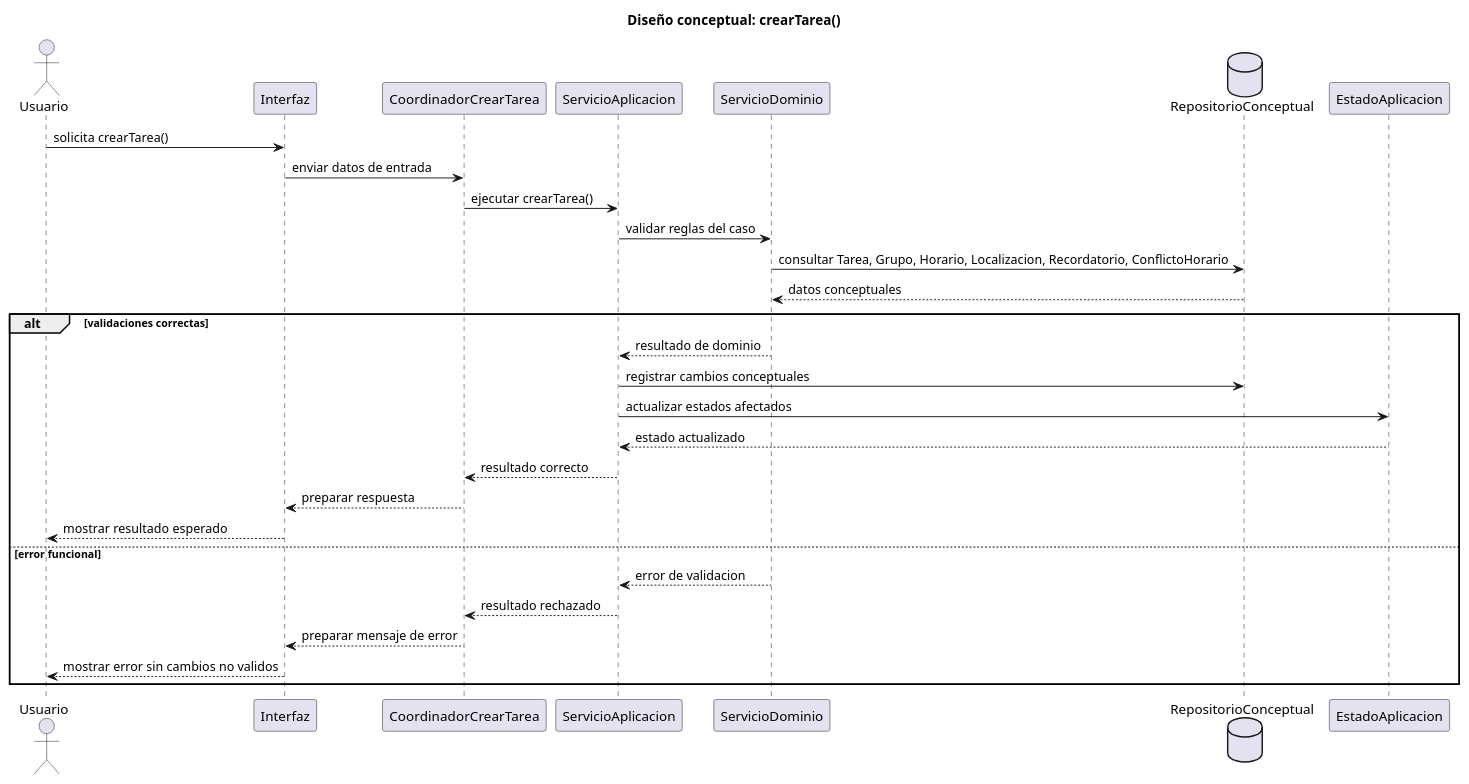
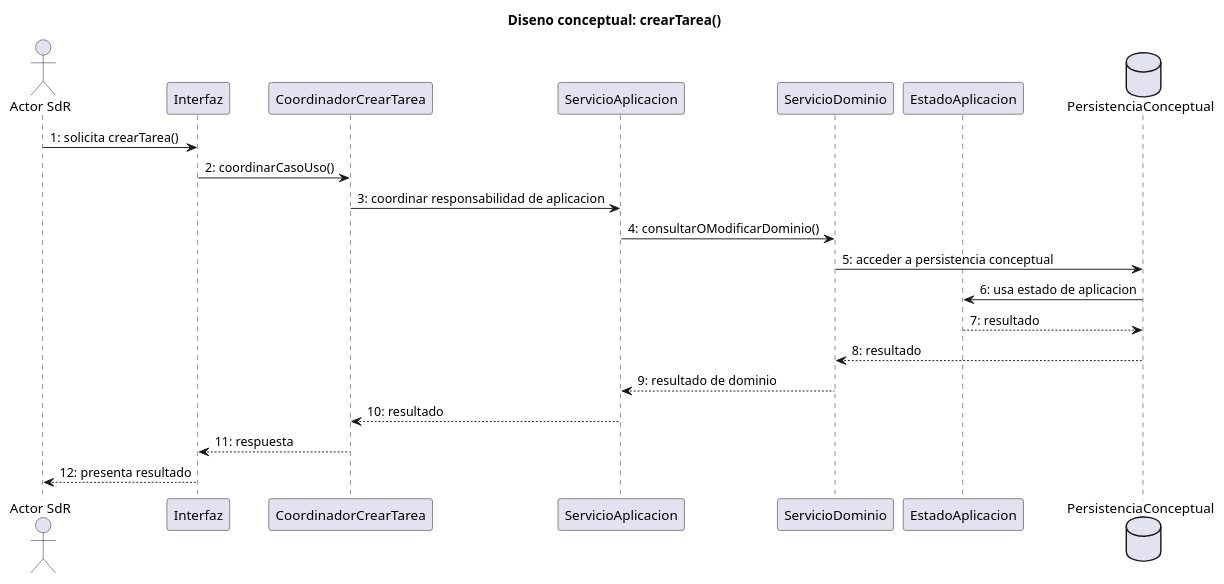
Before and after one commit to inigovaqueroo04/25-26-idsw2-sdVC: the diagram in documents/RUP/02-diseño/casos-uso/gestion-tareas/crearTarea/README.md, drawn with PlantUML. The commit also changed other lines of this file and 24 other files, not shown here.

Commit message:
docs: validar trazabilidad integral de diseno

````diff
--- a/documents/RUP/02-diseño/casos-uso/gestion-tareas/crearTarea/README.md
+++ b/documents/RUP/02-diseño/casos-uso/gestion-tareas/crearTarea/README.md
@@ -87,36 +85,27 @@
 ```plantuml
 @startuml crearTarea-diseno-secuencia
-title Diseño conceptual: crearTarea()
+title Diseno conceptual: crearTarea()
 
-actor "Usuario" as Usuario
+actor "Actor SdR" as Actor
 participant "Interfaz" as Interfaz
 participant "CoordinadorCrearTarea" as Coordinador
 participant "ServicioAplicacion" as ServicioAplicacion
 participant "ServicioDominio" as ServicioDominio
-database "RepositorioConceptual" as Repositorio
 participant "EstadoAplicacion" as EstadoAplicacion
+database "PersistenciaConceptual" as Persistencia
 
-Usuario -> Interfaz : solicita crearTarea()
-Interfaz -> Coordinador : enviar datos de entrada
-Coordinador -> ServicioAplicacion : ejecutar crearTarea()
-ServicioAplicacion -> ServicioDominio : validar reglas del caso
-ServicioDominio -> Repositorio : consultar Tarea, Grupo, Horario, Localizacion, Recordatorio, ConflictoHorario
-Repositorio --> ServicioDominio : datos conceptuales
-
-alt validaciones correctas
-  ServicioDominio --> ServicioAplicacion : resultado de dominio
-  ServicioAplicacion -> Repositorio : registrar cambios conceptuales
-  ServicioAplicacion -> EstadoAplicacion : actualizar estados afectados
-  EstadoAplicacion --> ServicioAplicacion : estado actualizado
-  ServicioAplicacion --> Coordinador : resultado correcto
-  Coordinador --> Interfaz : preparar respuesta
-  Interfaz --> Usuario : mostrar resultado esperado
-else error funcional
-  ServicioDominio --> ServicioAplicacion : error de validacion
-  ServicioAplicacion --> Coordinador : resultado rechazado
-  Coordinador --> Interfaz : preparar mensaje de error
-  Interfaz --> Usuario : mostrar error sin cambios no validos
-end
+Actor -> Interfaz : 1: solicita crearTarea()
+Interfaz -> Coordinador : 2: coordinarCasoUso()
+Coordinador -> ServicioAplicacion : 3: coordinar responsabilidad de aplicacion
+ServicioAplicacion -> ServicioDominio : 4: consultarOModificarDominio()
+ServicioDominio -> Persistencia : 5: acceder a persistencia conceptual
+Persistencia -> EstadoAplicacion : 6: usa estado de aplicacion
+EstadoAplicacion --> Persistencia : 7: resultado
+Persistencia --> ServicioDominio : 8: resultado
+ServicioDominio --> ServicioAplicacion : 9: resultado de dominio
+ServicioAplicacion --> Coordinador : 10: resultado
+Coordinador --> Interfaz : 11: respuesta
+Interfaz --> Actor : 12: presenta resultado
 
 @enduml
 ```
````
